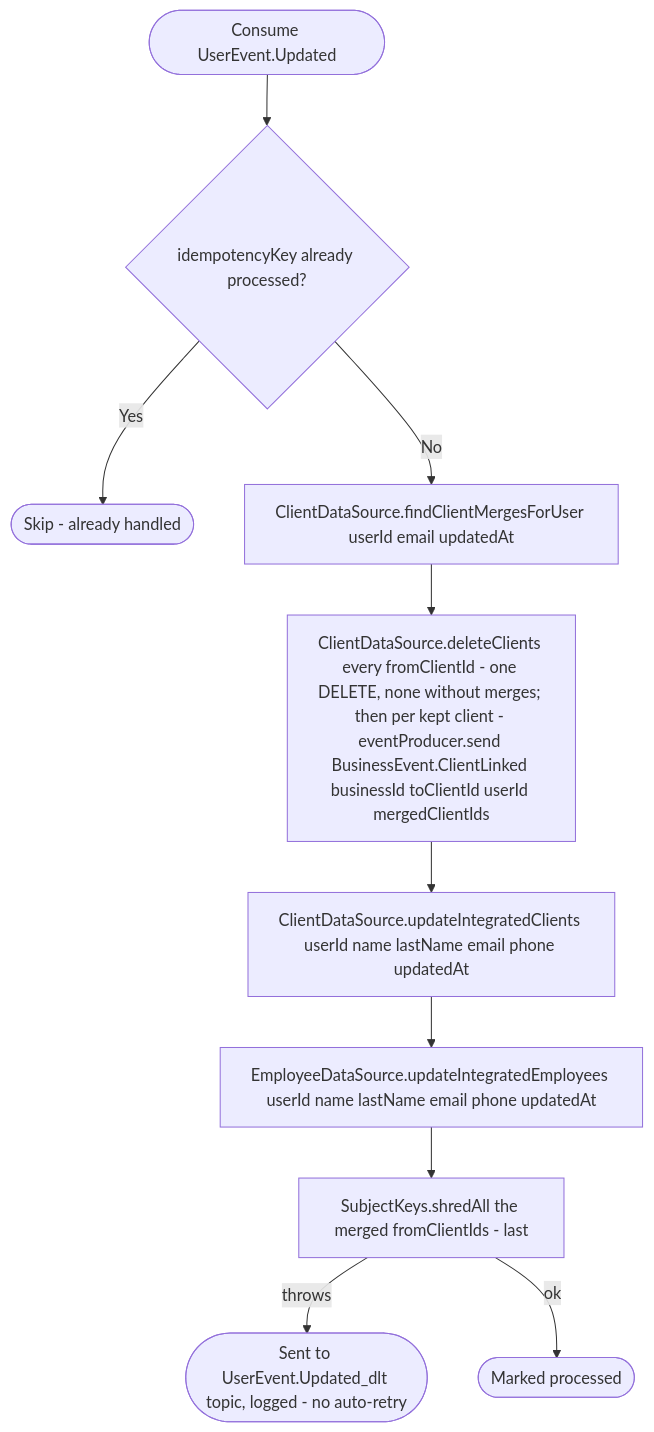
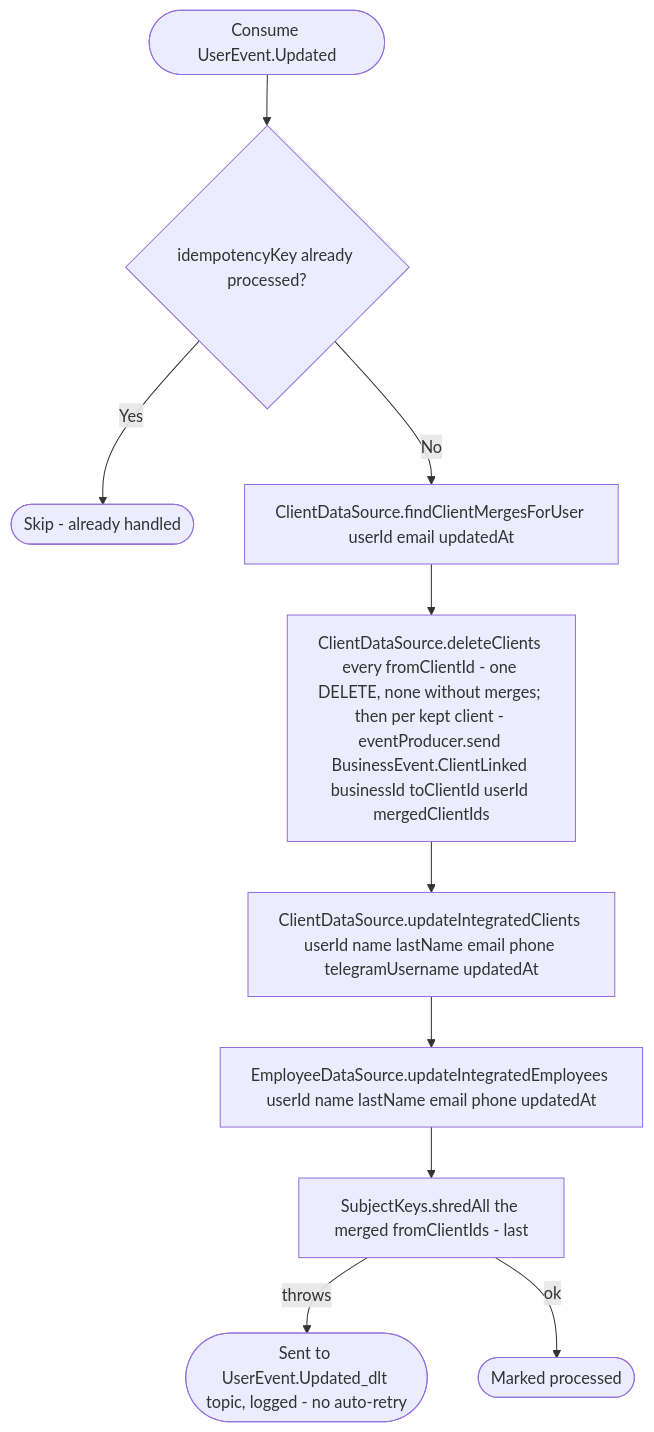
One commit to nocturneproperties/bookkme changed the diagram in docs/operations/business/on-user-updated.md. Above: the diagram before and after it, drawn with Mermaid. The commit also changed other lines of this file and 82 other files, not shown here.

Commit message:
[ISSUE-206] allow telegram username change

````diff
--- a/docs/operations/business/on-user-updated.md
+++ b/docs/operations/business/on-user-updated.md
@@ -31,12 +33,12 @@
 ```mermaid
 flowchart TD
     Start([Consume UserEvent.Updated]) --> Dedup{idempotencyKey already processed?}
     Dedup -- Yes --> Skip([Skip - already handled])
     Dedup -- No --> Find[ClientDataSource.findClientMergesForUser userId email updatedAt]
     Find --> Merge["ClientDataSource.deleteClients every fromClientId - one DELETE, none without merges; then per kept client - eventProducer.send BusinessEvent.ClientLinked businessId toClientId userId mergedClientIds"]
-    Merge --> UpdClients[ClientDataSource.updateIntegratedClients userId name lastName email phone updatedAt]
+    Merge --> UpdClients[ClientDataSource.updateIntegratedClients userId name lastName email phone telegramUsername updatedAt]
     UpdClients --> UpdEmployees[EmployeeDataSource.updateIntegratedEmployees userId name lastName email phone updatedAt]
     UpdEmployees --> Shred["SubjectKeys.shredAll the merged fromClientIds - last"]
     Shred -- throws --> Dlt([Sent to UserEvent.Updated_dlt topic, logged - no auto-retry])
     Shred -- ok --> Ack([Marked processed])
 ```
````
